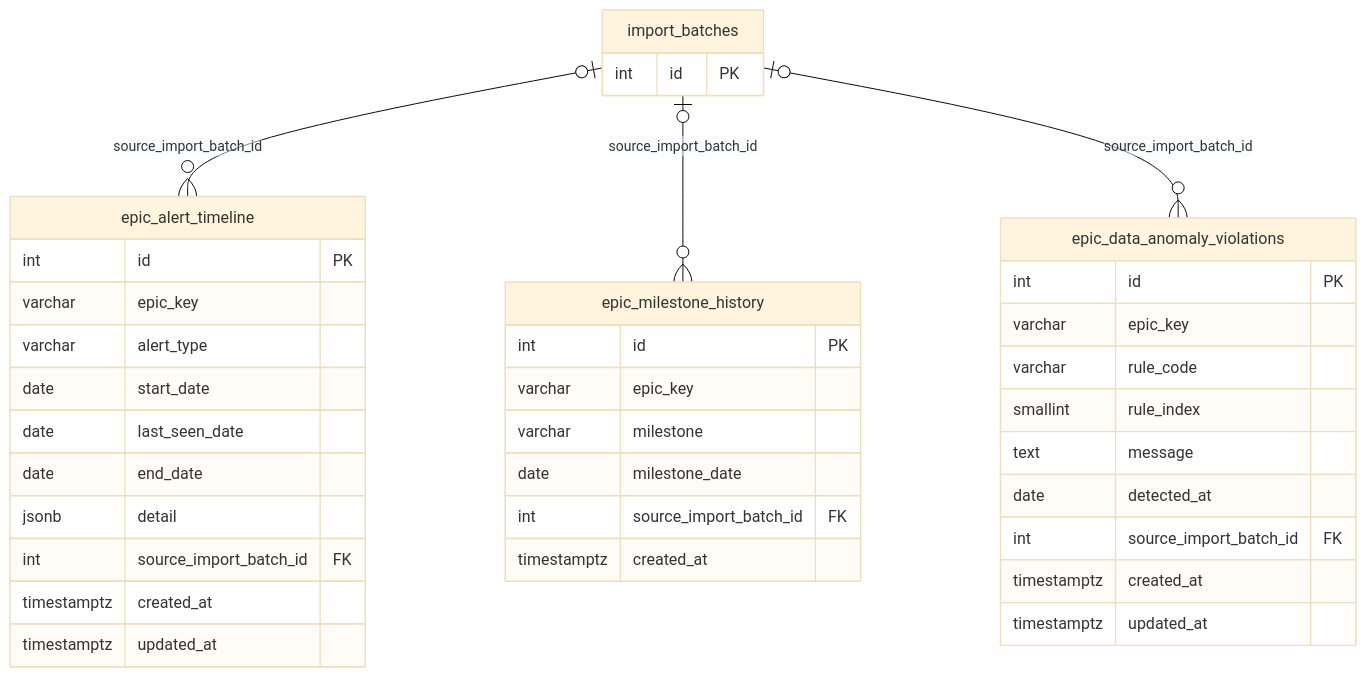
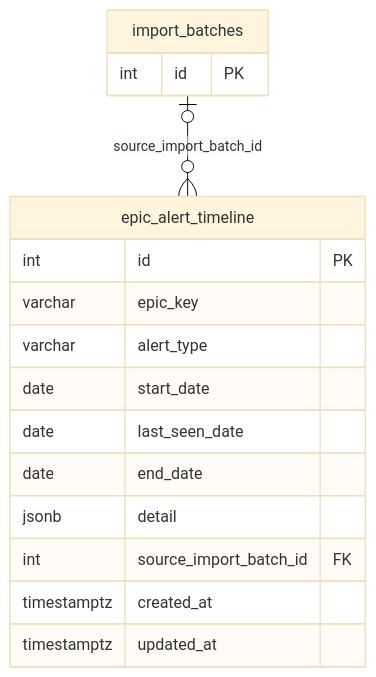
Before and after one commit to dminhbb/ttm-tool: the seventh of 12 diagrams in docs/database-erd.md, drawn with Mermaid (base theme). The commit also changed other lines of this file and 4 other files, not shown here.

Commit message:
Cập nhật schema và tài liệu sau khi gỡ import_rows và 2 bảng lịch sử

````diff
--- a/docs/database-erd.md
+++ b/docs/database-erd.md
@@ -1038,40 +1048,19 @@
 ```mermaid
 erDiagram
     epic_alert_timeline {
         int id PK
         varchar epic_key
         varchar alert_type
         date start_date
         date last_seen_date
         date end_date
         jsonb detail
         int source_import_batch_id FK
         timestamptz created_at
         timestamptz updated_at
     }
-    epic_milestone_history {
-        int id PK
-        varchar epic_key
-        varchar milestone
-        date milestone_date
-        int source_import_batch_id FK
-        timestamptz created_at
-    }
-    epic_data_anomaly_violations {
-        int id PK
-        varchar epic_key
-        varchar rule_code
-        smallint rule_index
-        text message
-        date detected_at
-        int source_import_batch_id FK
-        timestamptz created_at
-        timestamptz updated_at
-    }
     import_batches {
         int id PK
     }
     import_batches |o--o{ epic_alert_timeline : "source_import_batch_id"
-    import_batches |o--o{ epic_milestone_history : "source_import_batch_id"
-    import_batches |o--o{ epic_data_anomaly_violations : "source_import_batch_id"
 ```
````
